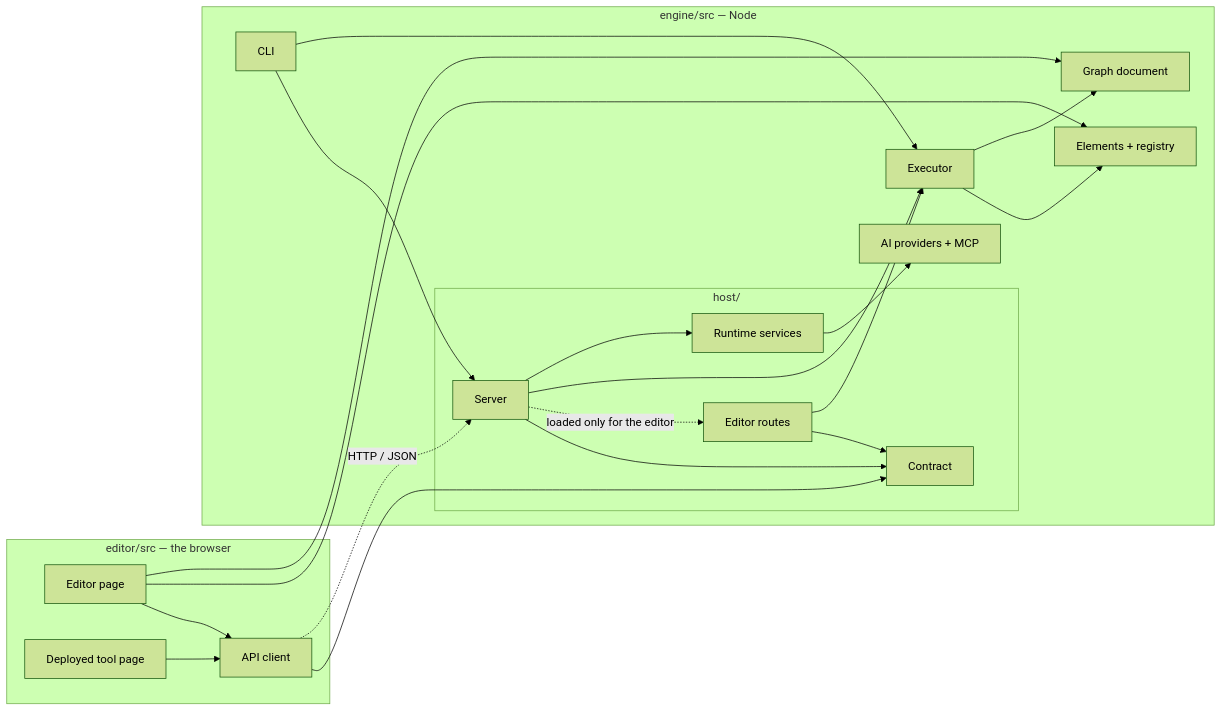
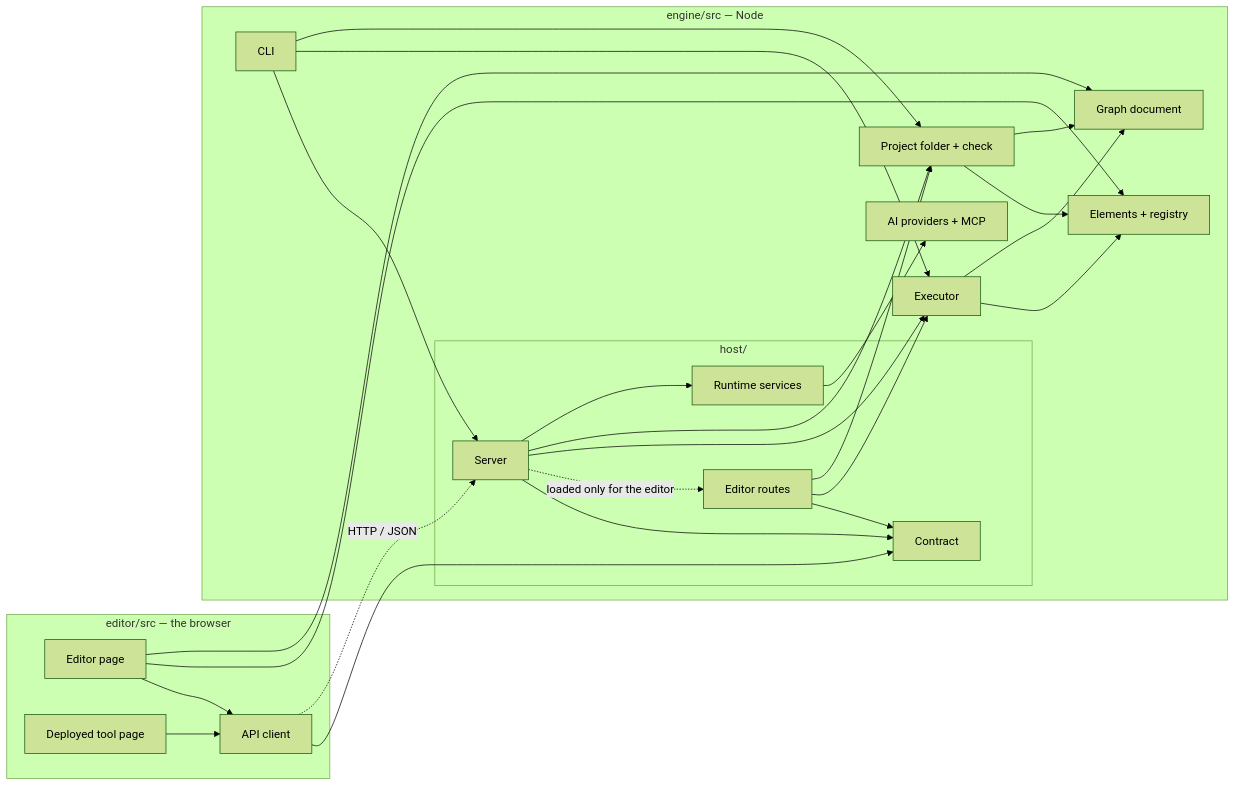
Before and after one commit to Archimedes79/AI_Graph: the first of 4 diagrams in arch/overview.md, drawn with Mermaid (forest theme). The commit also changed other lines of this file and 94 other files, not shown here.

````diff
--- a/arch/overview.md
+++ b/arch/overview.md
@@ -13,40 +13,46 @@
 ```mermaid
 flowchart LR
   subgraph browser["editor/src — the browser"]
     EditorPage["Editor page"]
     ToolPage["Deployed tool page"]
     Client["API client"]
   end
 
   subgraph engine["engine/src — Node"]
     subgraph host["host/"]
       Contract["Contract"]
       Server["Server"]
       EditorRoutes["Editor routes"]
       Services["Runtime services"]
     end
     CLI["CLI"]
     Executor["Executor"]
     Elements["Elements + registry"]
     Graph["Graph document"]
+    Project["Project folder + check"]
     AI["AI providers + MCP"]
   end
 
   EditorPage --> Client
   ToolPage --> Client
   Client --> Contract
   Client -. "HTTP / JSON" .-> Server
   Server --> Contract
   Server -. "loaded only for the editor" .-> EditorRoutes
   EditorRoutes --> Contract
   Server --> Executor
   EditorRoutes --> Executor
   CLI --> Server
   CLI --> Executor
+  CLI --> Project
+  Server --> Project
+  EditorRoutes --> Project
+  Project --> Elements
+  Project --> Graph
   Executor --> Elements
   Executor --> Graph
   Server --> Services
   Services --> AI
   EditorPage --> Elements
   EditorPage --> Graph
 ```
````
